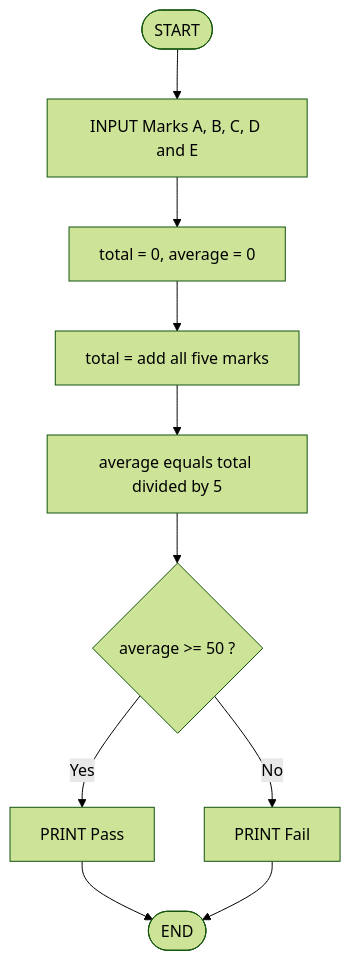
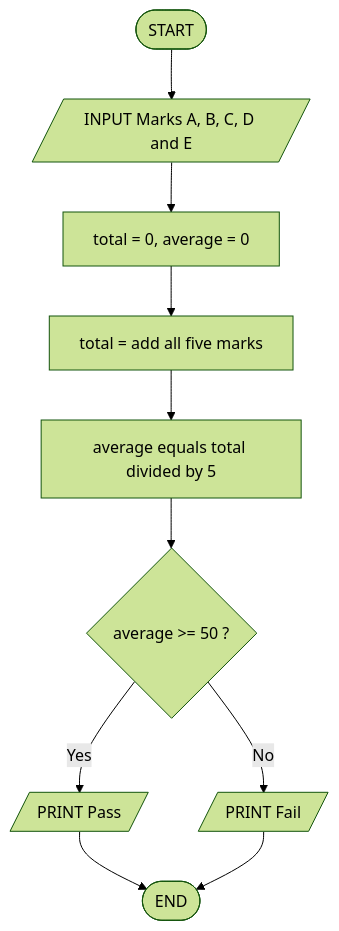
One commit to SangeethaNachimuthu/pseudocode-flowchart-workshop changed the diagram in Exercise 8/FindPassOrFail.md. Above: the diagram before and after it, drawn with Mermaid (forest theme). The commit also changed 10 other files, not shown here.

````diff
--- a/Exercise 8/FindPassOrFail.md
+++ b/Exercise 8/FindPassOrFail.md
@@ -1,12 +1,12 @@
 ```mermaid
 flowchart TD
-    A([START]) --> B[INPUT Marks A, B, C, D and E]
+    A([START]) --> B[/INPUT Marks A, B, C, D and E/]
     B --> C[total = 0, average = 0]
     C --> D[total = add all five marks]
     D --> E[average equals total divided by 5]
     E --> F{average >= 50 ?}
-    F --> |Yes| G[PRINT Pass]
-    F --> |No| H[PRINT Fail]
+    F --> |Yes| G[/PRINT Pass/]
+    F --> |No| H[/PRINT Fail/]
     G --> I([END])
     H --> I([END])
 ```
````
